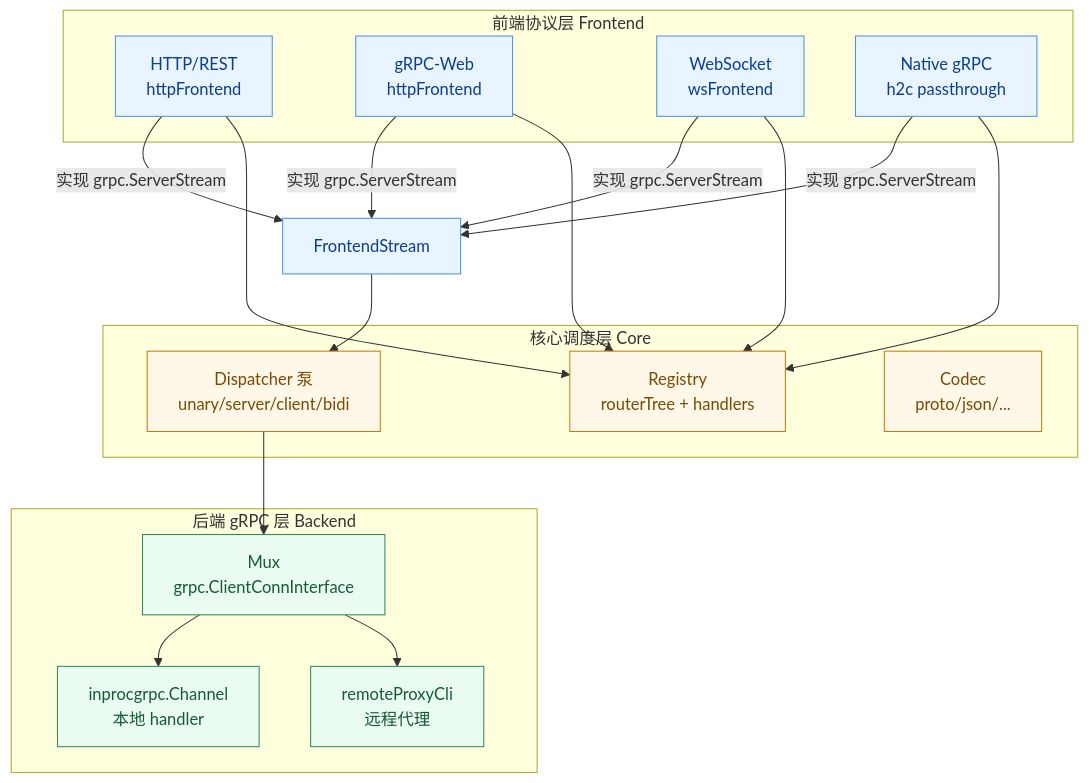
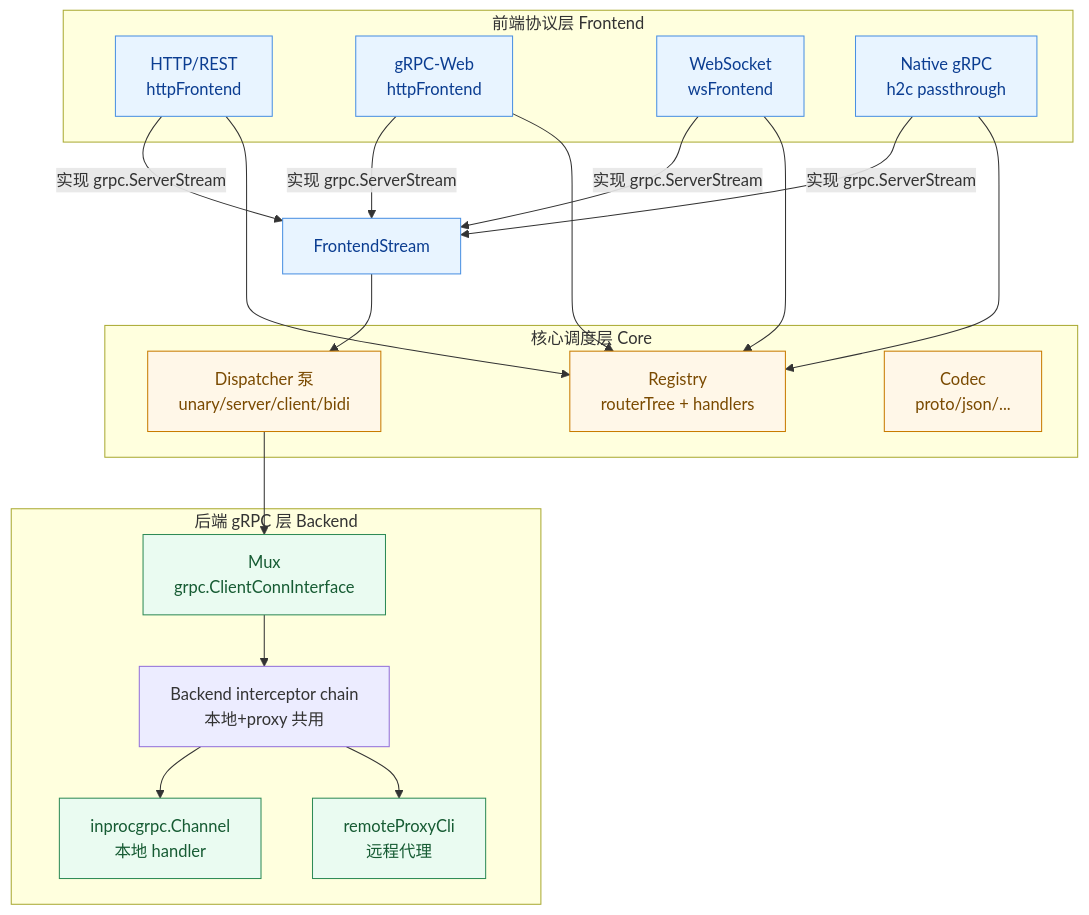
Before and after one commit to pubgo/lava: the first of 7 diagrams in pkg/gateway/docs/architecture.md, drawn with Mermaid. The commit also changed other lines of this file and 14 other files, not shown here.

````diff
--- a/pkg/gateway/docs/architecture.md
+++ b/pkg/gateway/docs/architecture.md
@@ -22,35 +25,37 @@
 ```mermaid
 flowchart TB
     subgraph FE[前端协议层 Frontend]
         F1[HTTP/REST<br/>httpFrontend]
         F2[gRPC-Web<br/>httpFrontend]
         F3[WebSocket<br/>wsFrontend]
         F4[Native gRPC<br/>h2c passthrough]
     end
 
     subgraph CORE[核心调度层 Core]
         REG[Registry<br/>routerTree + handlers]
         PUMP[Dispatcher 泵<br/>unary/server/client/bidi]
         CODEC[Codec<br/>proto/json/...]
     end
 
     subgraph BE[后端 gRPC 层 Backend]
+        MW[Backend interceptor chain<br/>本地+proxy 共用]
         INV["Mux<br/>grpc.ClientConnInterface"]
         INPROC[inprocgrpc.Channel<br/>本地 handler]
         PROXY[remoteProxyCli<br/>远程代理]
     end
 
     F1 & F2 & F3 & F4 -->|实现 grpc.ServerStream| SS[FrontendStream]
     F1 & F2 & F3 & F4 --> REG
     SS --> PUMP
     PUMP --> INV
-    INV --> INPROC
-    INV --> PROXY
+    INV --> MW
+    MW --> INPROC
+    MW --> PROXY
 
     classDef fe fill:#E8F4FF,stroke:#4A90E2,color:#0B3D91;
     classDef core fill:#FFF7E8,stroke:#C87B00,color:#7A4A00;
     classDef be fill:#EAFBF1,stroke:#2E8B57,color:#165B33;
     class F1,F2,F3,F4,SS fe;
     class REG,PUMP,CODEC core;
     class INV,INPROC,PROXY be;
 ```
````
